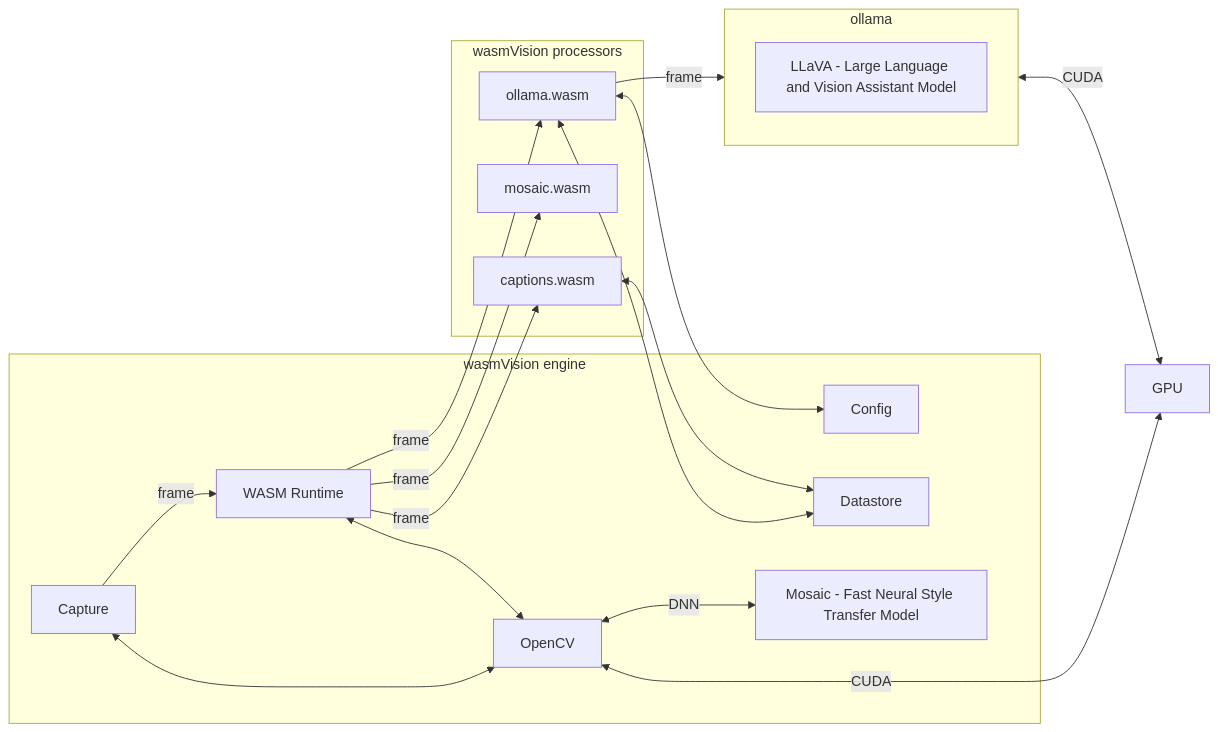
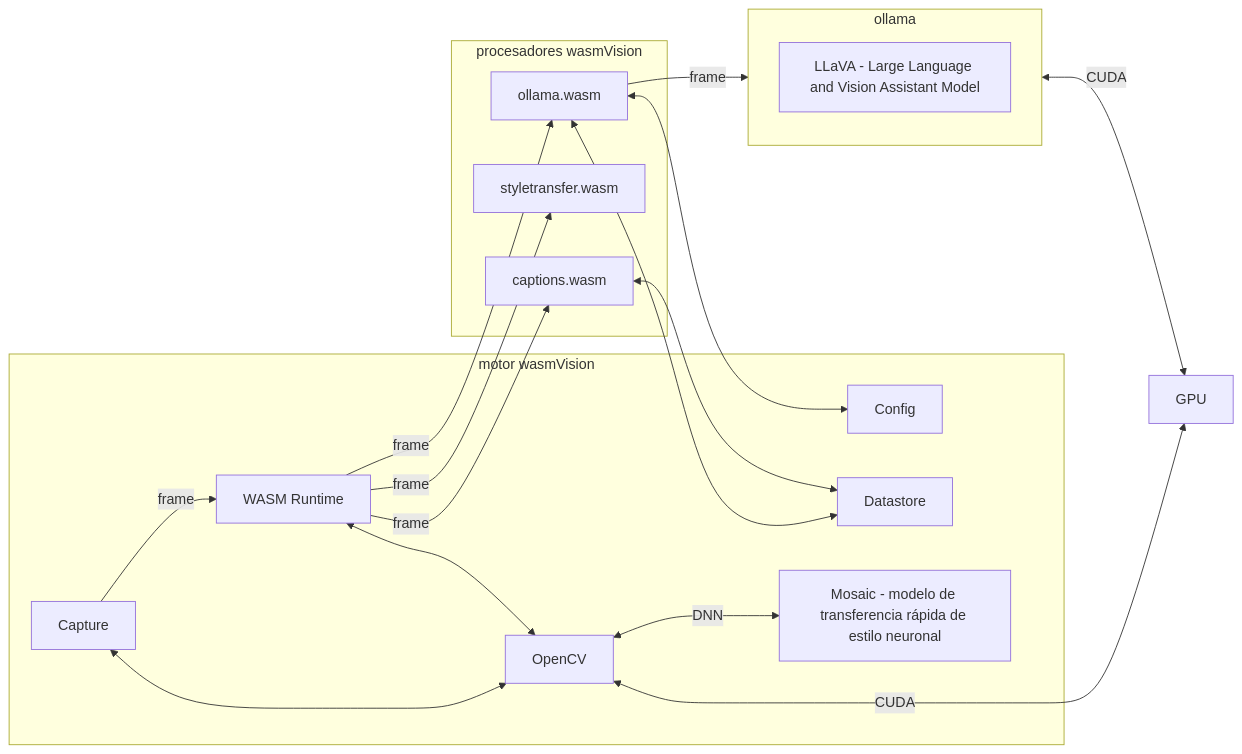
Before and after one commit to deadprogram/gomad2025: the diagram in diagrams/wasmvision-ollama.md, drawn with Mermaid. The commit also changed 2 other files, not shown here.

Commit message:
Corrections for latest version

````diff
--- a/diagrams/wasmvision-ollama.md
+++ b/diagrams/wasmvision-ollama.md
@@ -1,27 +1,27 @@
 ```mermaid
 flowchart LR
-    subgraph wasmVision engine
+    subgraph motor wasmVision
         Capture
         Runtime[WASM Runtime]
         Capture--frame-->Runtime
         Capture<-->OpenCV
         Runtime<-->OpenCV
         Config
         Datastore
-        OpenCV<--DNN-->DNN[Mosaic - Fast Neural Style Transfer Model]
+        OpenCV<--DNN-->DNN[Mosaic - modelo de transferencia rápida de estilo neuronal]
     end
-    subgraph wasmVision processors
+    subgraph procesadores wasmVision
         Runtime--frame-->ollama.wasm
-        Runtime--frame-->mosaic.wasm
+        Runtime--frame-->styletransfer.wasm
         Runtime--frame-->captions.wasm
     end
     ollama.wasm--frame-->ollama
     subgraph ollama
         llava[LLaVA - Large Language and Vision Assistant Model]
     end
     ollama.wasm<-->Config
     ollama.wasm<-->Datastore
     captions.wasm<-->Datastore
     OpenCV<--CUDA-->GPU
     ollama<--CUDA-->GPU
 ```
````
